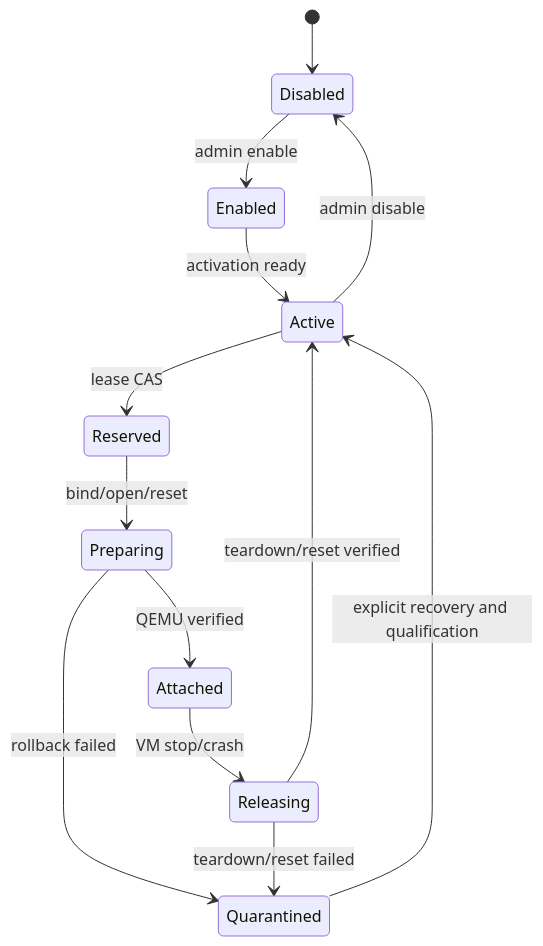
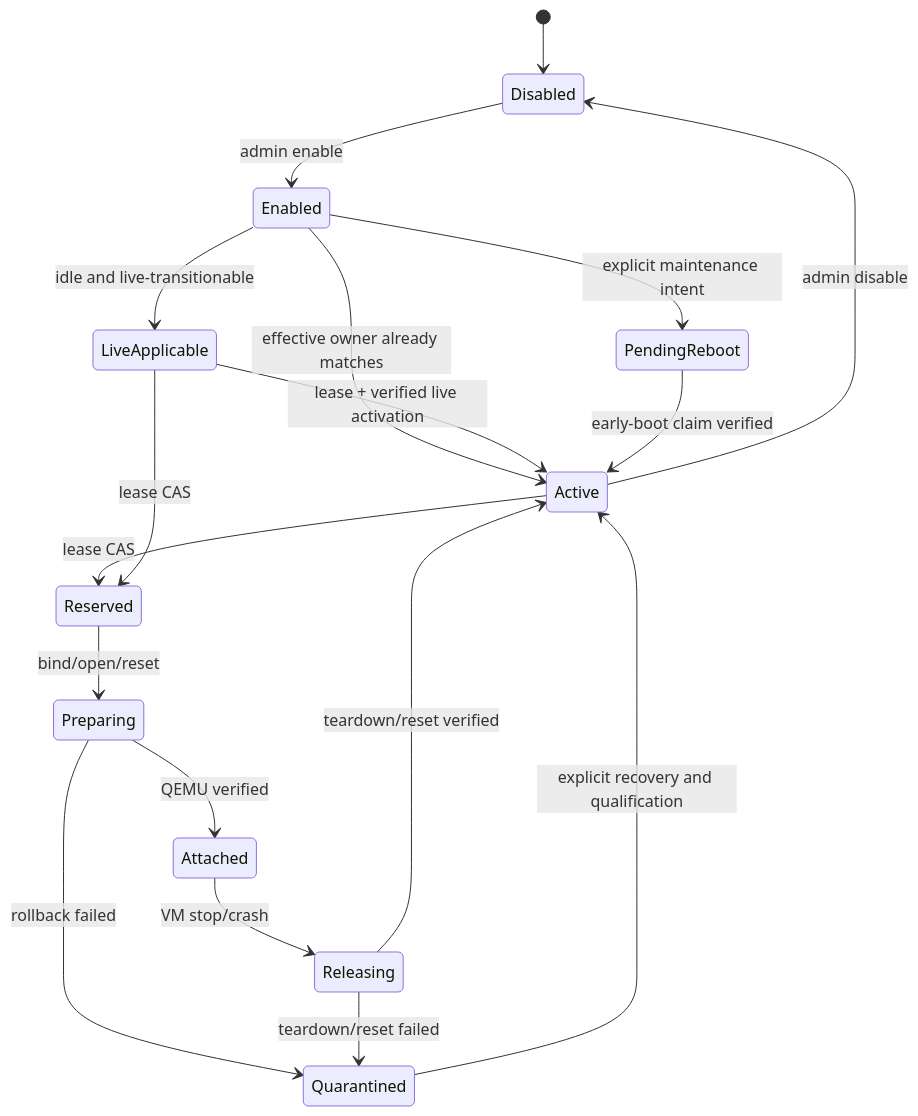
One commit to JoJoJoinme/pci-mmio-notes changed the tenth of 17 diagrams in qemu-static-dynamic-directpath-design.md. Above: the diagram before and after it, drawn with Mermaid. The commit also changed other lines of this file and 10 other files, not shown here.

Commit message:
design: model DirectPath owner activation and reboot

````diff
--- a/qemu-static-dynamic-directpath-design.md
+++ b/qemu-static-dynamic-directpath-design.md
@@ -1397,15 +1545,20 @@
 ```mermaid
 stateDiagram-v2
     [*] --> Disabled
     Disabled --> Enabled: admin enable
-    Enabled --> Active: activation ready
+    Enabled --> Active: effective owner already matches
+    Enabled --> LiveApplicable: idle and live-transitionable
+    Enabled --> PendingReboot: explicit maintenance intent
+    LiveApplicable --> Active: lease + verified live activation
+    PendingReboot --> Active: early-boot claim verified
     Active --> Reserved: lease CAS
+    LiveApplicable --> Reserved: lease CAS
     Reserved --> Preparing: bind/open/reset
     Preparing --> Attached: QEMU verified
     Attached --> Releasing: VM stop/crash
     Releasing --> Active: teardown/reset verified
     Preparing --> Quarantined: rollback failed
     Releasing --> Quarantined: teardown/reset failed
     Quarantined --> Active: explicit recovery and qualification
     Active --> Disabled: admin disable
 ```
````
